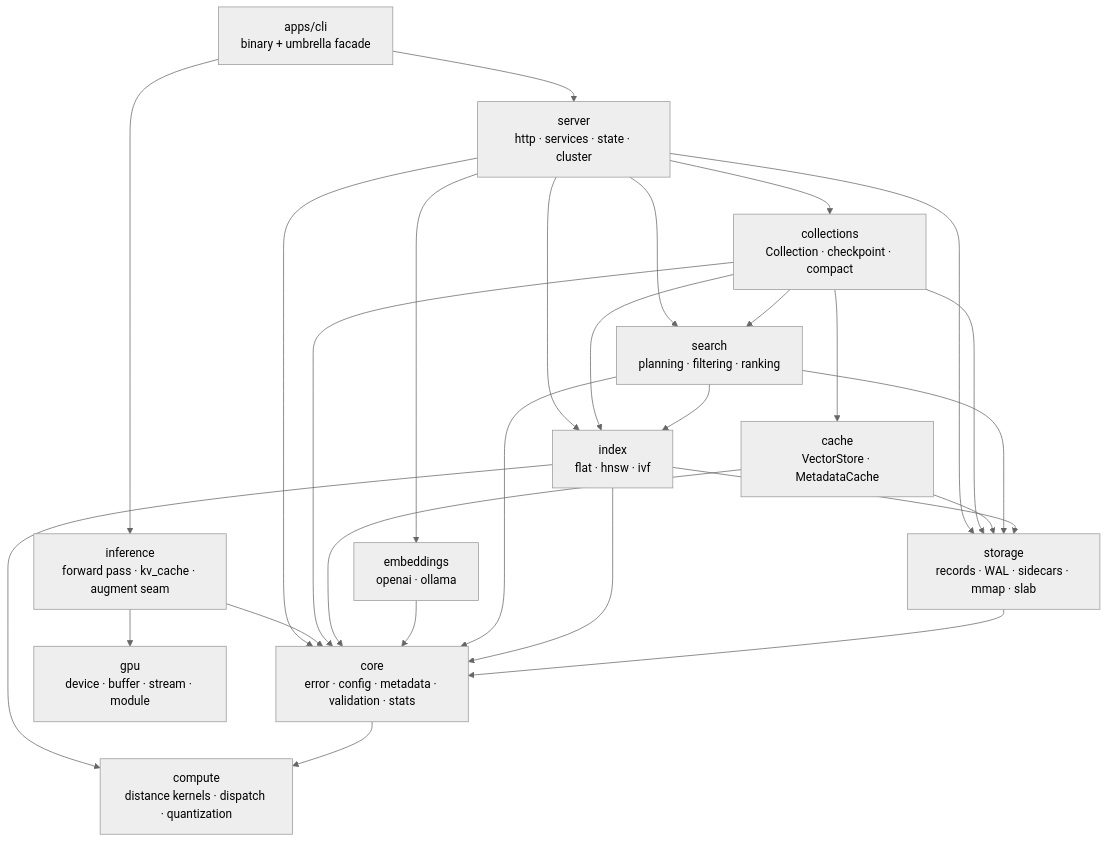
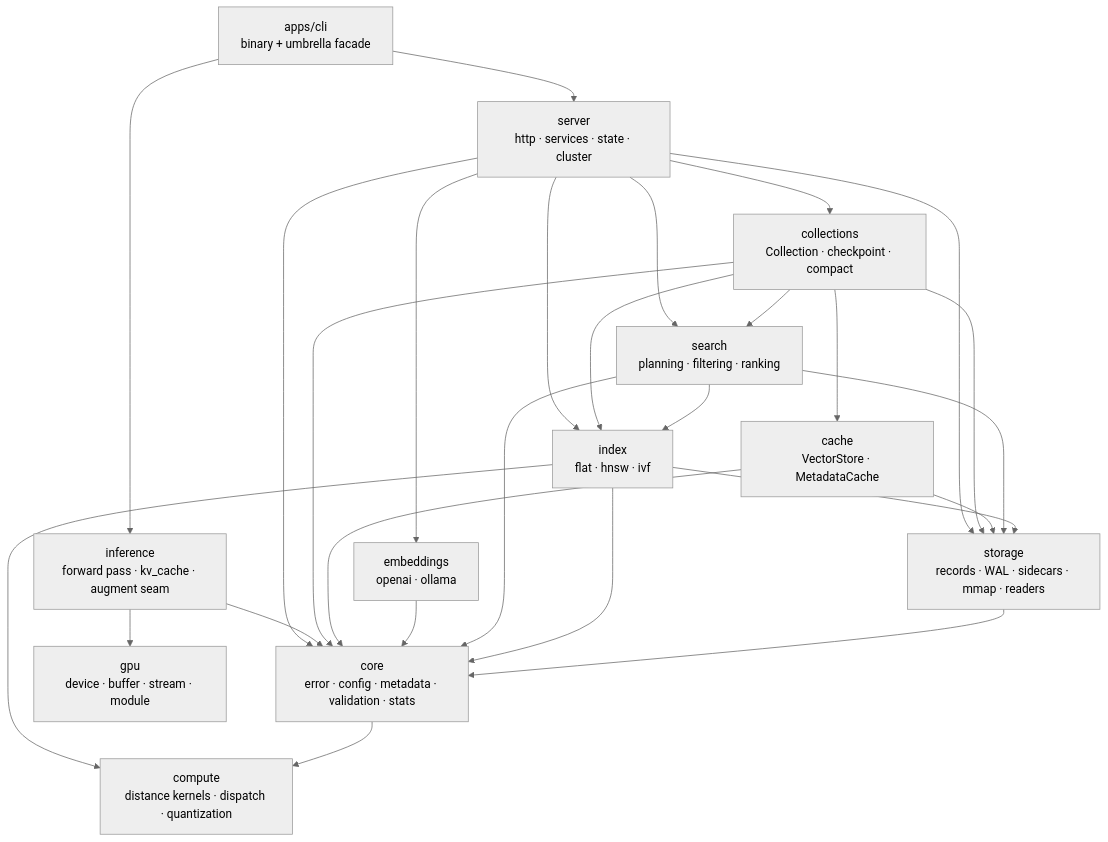
One commit to ashworks1706/Piramid changed the first of 3 diagrams in docs/ARCHITECTURE.md. Above: the diagram before and after it, drawn with Mermaid (neutral theme). The commit also changed other lines of this file and 11 other files, not shown here.

````diff
--- a/docs/ARCHITECTURE.md
+++ b/docs/ARCHITECTURE.md
@@ -75,42 +75,42 @@
 ```mermaid
 flowchart TD
     CLI[apps/cli<br/>binary + umbrella facade]
     Server[server<br/>http · services · state · cluster]
     Inference[inference<br/>forward pass · kv_cache · augment seam]
     Collections[collections<br/>Collection · checkpoint · compact]
     Cache[cache<br/>VectorStore · MetadataCache]
     Embeddings[embeddings<br/>openai · ollama]
     Search[search<br/>planning · filtering · ranking]
     Index[index<br/>flat · hnsw · ivf]
-    Storage[storage<br/>records · WAL · sidecars · mmap · slab]
+    Storage[storage<br/>records · WAL · sidecars · mmap · readers]
     Core[core<br/>error · config · metadata · validation · stats]
     Compute[compute<br/>distance kernels · dispatch · quantization]
     Gpu[gpu<br/>device · buffer · stream · module]
 
     CLI --> Server
     CLI --> Inference
     Server --> Collections
     Server --> Embeddings
     Server --> Search
     Server --> Index
     Server --> Storage
     Server --> Core
     Inference --> Gpu
     Inference --> Core
     Collections --> Search
     Collections --> Index
     Collections --> Cache
     Collections --> Storage
     Collections --> Core
     Cache --> Storage
     Cache --> Core
     Embeddings --> Core
     Search --> Index
     Search --> Storage
     Search --> Core
     Index --> Storage
     Index --> Core
     Index --> Compute
     Storage --> Core
     Core --> Compute
 ```
````
